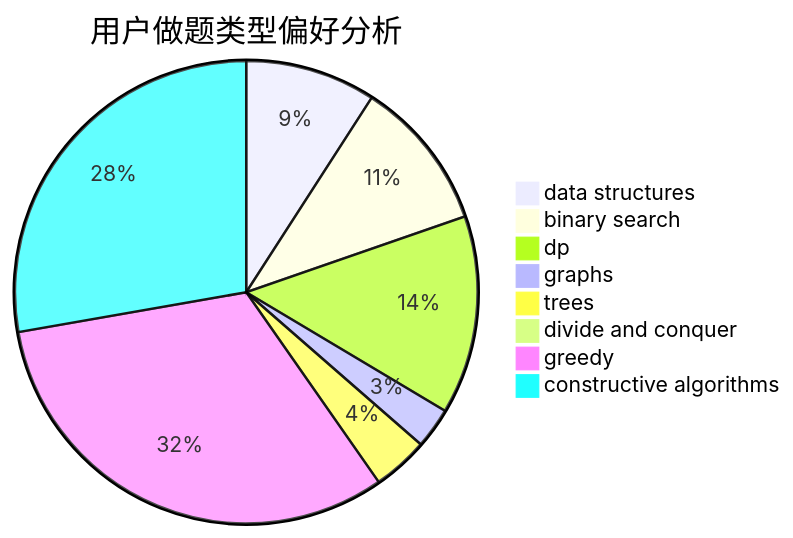
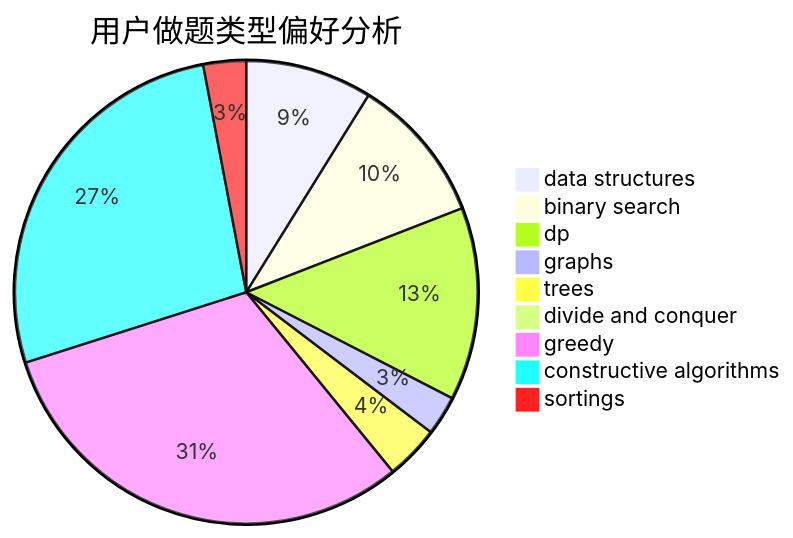
The second of 3 diagrams in docs/user/u980.md (sherpahu/cfrs.github.io), drawn with Mermaid before and after one commit. The commit also changed other lines of this file and 2769 other files, not shown here.

````diff
--- a/docs/user/u980.md
+++ b/docs/user/u980.md
@@ -23,11 +18,12 @@
 ```mermaid
 pie title 用户做题类型偏好分析
     "data structures" :  157
     "binary search" :  182
     "dp" :  239
     "graphs" :  49
     "trees" :  67
     "divide and conquer" :  8
     "greedy" :  550
     "constructive algorithms" :  478
+    "sortings" :  53
 ```
````
